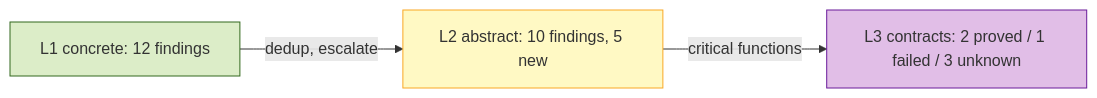
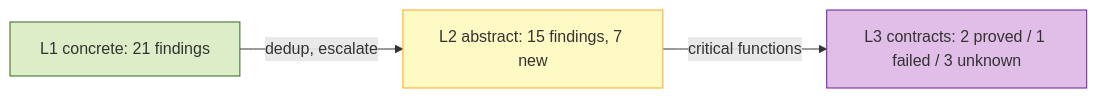
The first of 11 diagrams in reports/local_module_0.0.0.md (riantr/LunaFlow), drawn with Mermaid before and after one commit. The commit also changed other lines of this file and 18 other files, not shown here.

````diff
--- a/reports/local_module_0.0.0.md
+++ b/reports/local_module_0.0.0.md
@@ -48,11 +48,11 @@
 ```mermaid
 flowchart LR
   classDef l1 fill:#dcedc8,stroke:#33691e
   classDef l2 fill:#fff9c4,stroke:#f9a825
   classDef l3 fill:#e1bee7,stroke:#6a1b9a
-  L1["L1 concrete: 12 findings"]:::l1
-  L2["L2 abstract: 10 findings, 5 new"]:::l2
+  L1["L1 concrete: 21 findings"]:::l1
+  L2["L2 abstract: 15 findings, 7 new"]:::l2
   L3["L3 contracts: 2 proved / 1 failed / 3 unknown"]:::l3
   L1 -->|"dedup, escalate"| L2
   L2 -->|"critical functions"| L3
 ```
````
